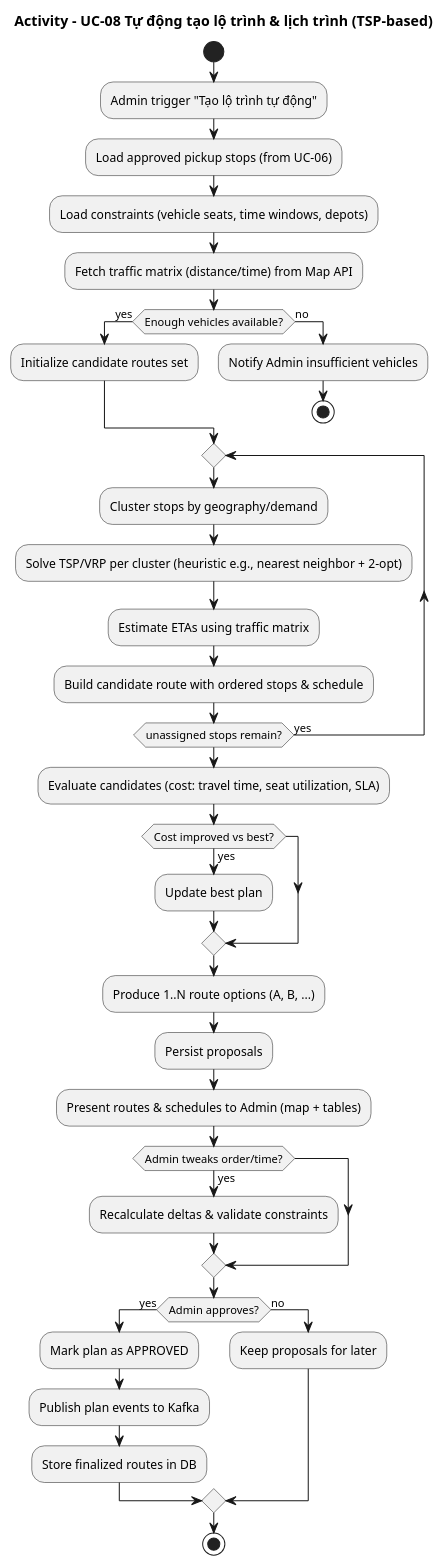
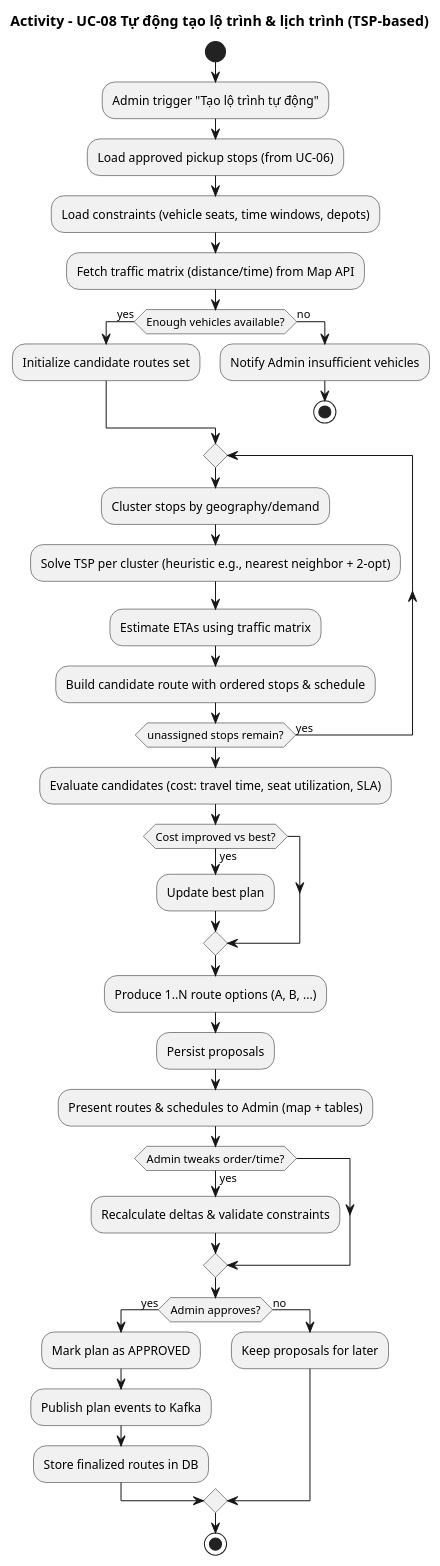
One commit to phuongbv00/hust-bus-stop changed the diagram in docs/uml/activity/activity_uc08_routing_optimization.puml. Above: the diagram before and after it, drawn with PlantUML. The commit also changed 26 other files, not shown here.

Commit message:
docs: update diagrams

```diff
--- a/docs/uml/activity/activity_uc08_routing_optimization.puml
+++ b/docs/uml/activity/activity_uc08_routing_optimization.puml
@@ -1,44 +1,44 @@
 @startuml
 title Activity - UC-08 Tự động tạo lộ trình & lịch trình (TSP-based)
 start
 :Admin trigger "Tạo lộ trình tự động";
 :Load approved pickup stops (from UC-06);
 :Load constraints (vehicle seats, time windows, depots);
 :Fetch traffic matrix (distance/time) from Map API;
 
 if (Enough vehicles available?) then (yes)
   :Initialize candidate routes set;
 else (no)
   :Notify Admin insufficient vehicles;
   stop
 endif
 
 repeat
   :Cluster stops by geography/demand;
-  :Solve TSP/VRP per cluster (heuristic e.g., nearest neighbor + 2-opt);
+  :Solve TSP per cluster (heuristic e.g., nearest neighbor + 2-opt);
   :Estimate ETAs using traffic matrix;
   :Build candidate route with ordered stops & schedule;
 repeat while (unassigned stops remain?) is (yes)
 
 :Evaluate candidates (cost: travel time, seat utilization, SLA);
 if (Cost improved vs best?) then (yes)
   :Update best plan;
 endif
 
 :Produce 1..N route options (A, B, ...);
 :Persist proposals;
 :Present routes & schedules to Admin (map + tables);
 
 if (Admin tweaks order/time?) then (yes)
   :Recalculate deltas & validate constraints;
 endif
 
 if (Admin approves?) then (yes)
   :Mark plan as APPROVED;
   :Publish plan events to Kafka;
   :Store finalized routes in DB;
 else (no)
   :Keep proposals for later;
 endif
 stop
 @enduml
```
